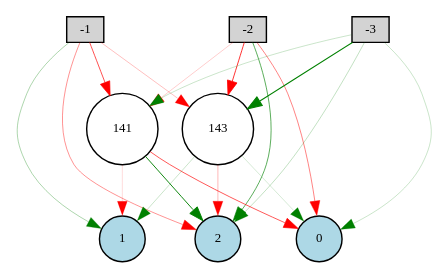
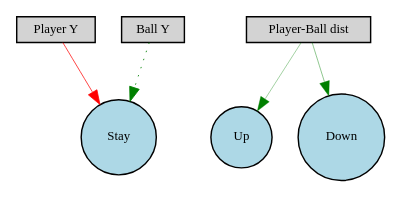
Before and after one commit to MatSaf123/neat-retro-pong: the diagram in Digraph.gv, drawn with Graphviz. The commit also changed 7 other files, not shown here.

```diff
--- a/Digraph.gv
+++ b/Digraph.gv
@@ -1,29 +1,13 @@
 digraph {
 	node [fontsize=9 height=0.2 shape=circle width=0.2]
-	-1 [fillcolor=lightgray shape=box style=filled]
-	-2 [fillcolor=lightgray shape=box style=filled]
-	-3 [fillcolor=lightgray shape=box style=filled]
-	0 [fillcolor=lightblue style=filled]
-	1 [fillcolor=lightblue style=filled]
-	2 [fillcolor=lightblue style=filled]
-	141 [fillcolor=white style=filled]
-	143 [fillcolor=white style=filled]
-	-1 -> 141 [color=red penwidth=0.4754733942234629 style=solid]
-	-1 -> 143 [color=red penwidth=0.18343845182915225 style=solid]
-	-2 -> 141 [color=red penwidth=0.13928181923618566 style=solid]
-	-2 -> 143 [color=red penwidth=0.5591027778390438 style=solid]
-	-3 -> 141 [color=green penwidth=0.15162855263179725 style=solid]
-	-3 -> 143 [color=green penwidth=0.7496359868811204 style=solid]
-	141 -> 0 [color=red penwidth=0.4569506313458702 style=solid]
-	141 -> 1 [color=red penwidth=0.10409834590078683 style=solid]
-	141 -> 2 [color=green penwidth=0.6537209500505698 style=solid]
-	143 -> 0 [color=green penwidth=0.12148534717615118 style=solid]
-	143 -> 1 [color=green penwidth=0.15141854869915256 style=solid]
-	143 -> 2 [color=red penwidth=0.20167442253641538 style=solid]
-	-1 -> 1 [color=green penwidth=0.22812932912505618 style=solid]
-	-1 -> 2 [color=red penwidth=0.29884924214438113 style=solid]
-	-2 -> 0 [color=red penwidth=0.3406547051518707 style=solid]
-	-2 -> 2 [color=green penwidth=0.4496352428559175 style=solid]
-	-3 -> 0 [color=green penwidth=0.15351382637934058 style=solid]
-	-3 -> 2 [color=green penwidth=0.1710989712959639 style=solid]
+	"Player Y" [fillcolor=lightgray shape=box style=filled]
+	"Ball Y" [fillcolor=lightgray shape=box style=filled]
+	"Player-Ball dist" [fillcolor=lightgray shape=box style=filled]
+	Stay [fillcolor=lightblue style=filled]
+	Up [fillcolor=lightblue style=filled]
+	Down [fillcolor=lightblue style=filled]
+	"Player Y" -> Stay [color=red penwidth=0.5126994360244725 style=solid]
+	"Ball Y" -> Stay [color=green penwidth=0.6145706694099321 style=dotted]
+	"Player-Ball dist" -> Up [color=green penwidth=0.26211163554871164 style=solid]
+	"Player-Ball dist" -> Down [color=green penwidth=0.30993006937790546 style=solid]
 }
```
